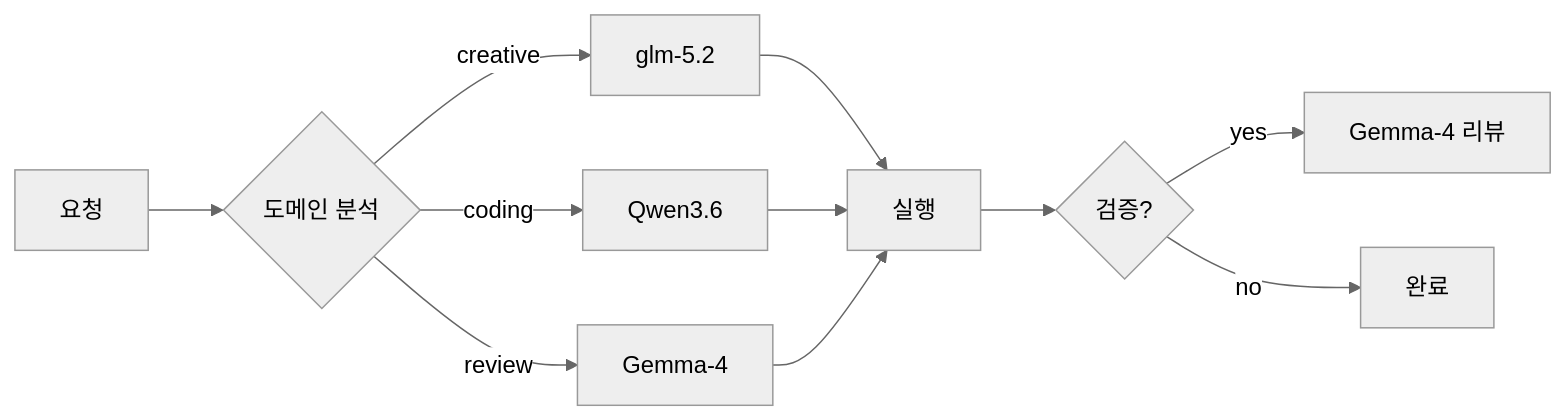
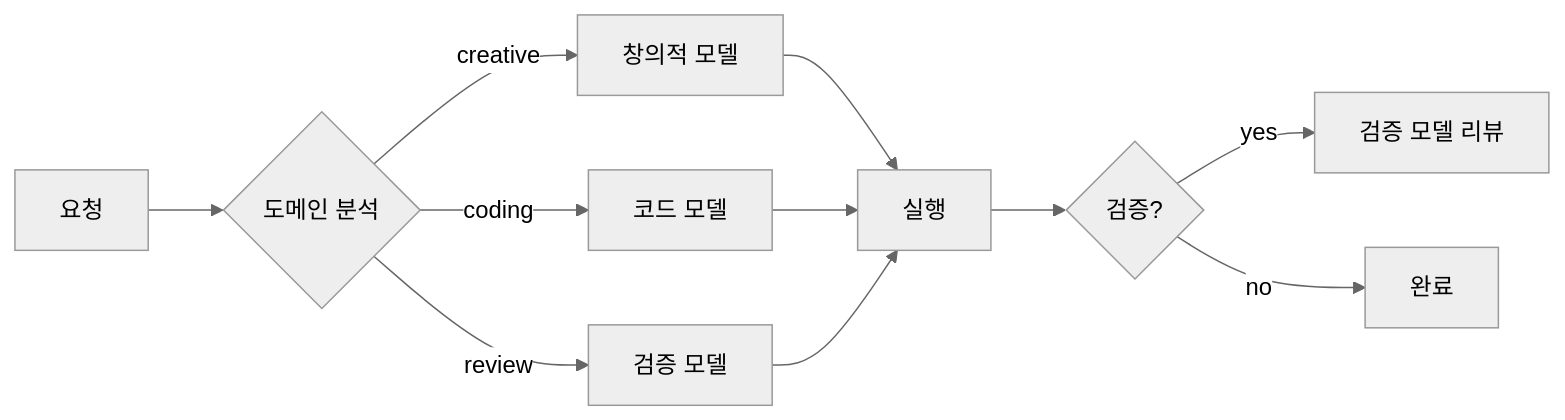
The third of 3 diagrams in docs/wiki/guides/model-routing.md (pheanor-agent/p-hermes), drawn with Mermaid (neutral theme) before and after one commit. The commit also changed other lines of this file and 25 other files, not shown here.

````diff
--- a/docs/wiki/guides/model-routing.md
+++ b/docs/wiki/guides/model-routing.md
@@ -231,13 +232,13 @@
 ```mermaid
 flowchart LR
     A[요청] --> B{도메인 분석}
-    B -->|creative| C[glm-5.2]
-    B -->|coding| D[Qwen3.6]
-    B -->|review| E[Gemma-4]
+    B -->|creative| C[창의적 모델]
+    B -->|coding| D[코드 모델]
+    B -->|review| E[검증 모델]
     C --> F[실행]
     D --> F
     E --> F
     F --> G{검증?}
-    G -->|yes| H[Gemma-4 리뷰]
+    G -->|yes| H[검증 모델 리뷰]
     G -->|no| I[완료]
 ```
````
